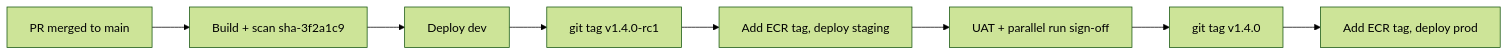
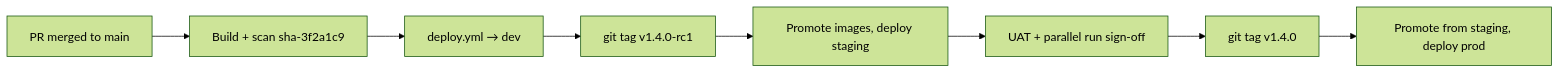
The diagram in docs/07-branching-and-release.md (Yashwanth-wbd/wbd-aws-devops), drawn with Mermaid (forest theme) before and after one commit. The commit also changed other lines of this file and 277 other files, not shown here.

First line of the commit message:
Implement v2 architecture (Hybrid Lakehouse + MLOps) from wbd_Presentation.pptx

````diff
--- a/docs/07-branching-and-release.md
+++ b/docs/07-branching-and-release.md
@@ -30,6 +40,6 @@
 ```mermaid
 flowchart LR
-  pr[PR merged to main] --> b[Build + scan sha-3f2a1c9] --> dev[Deploy dev]
-  dev --> rc[git tag v1.4.0-rc1] --> stg[Add ECR tag, deploy staging]
-  stg --> uat[UAT + parallel run sign-off] --> rel[git tag v1.4.0] --> prd[Add ECR tag, deploy prod]
+  pr[PR merged to main] --> b[Build + scan sha-3f2a1c9] --> dev[deploy.yml → dev]
+  dev --> rc[git tag v1.4.0-rc1] --> stg[Promote images, deploy staging]
+  stg --> uat[UAT + parallel run sign-off] --> rel[git tag v1.4.0] --> prd[Promote from staging, deploy prod]
 ```
````
